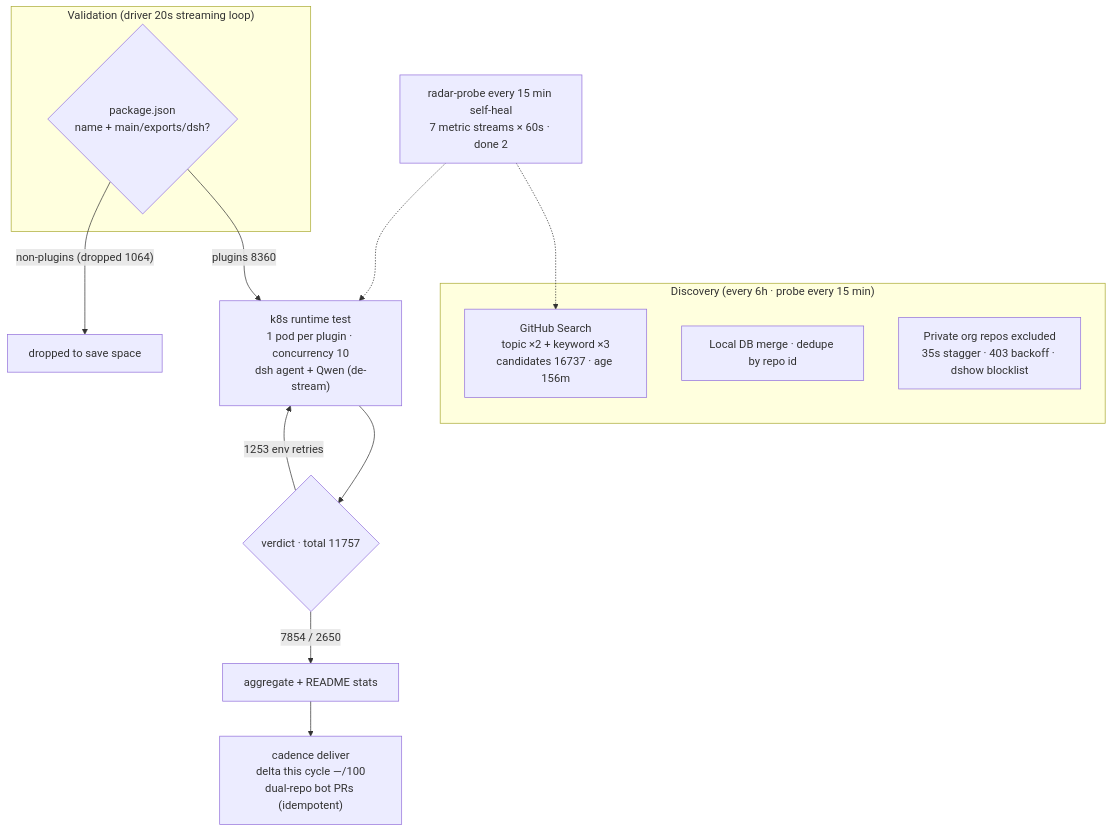
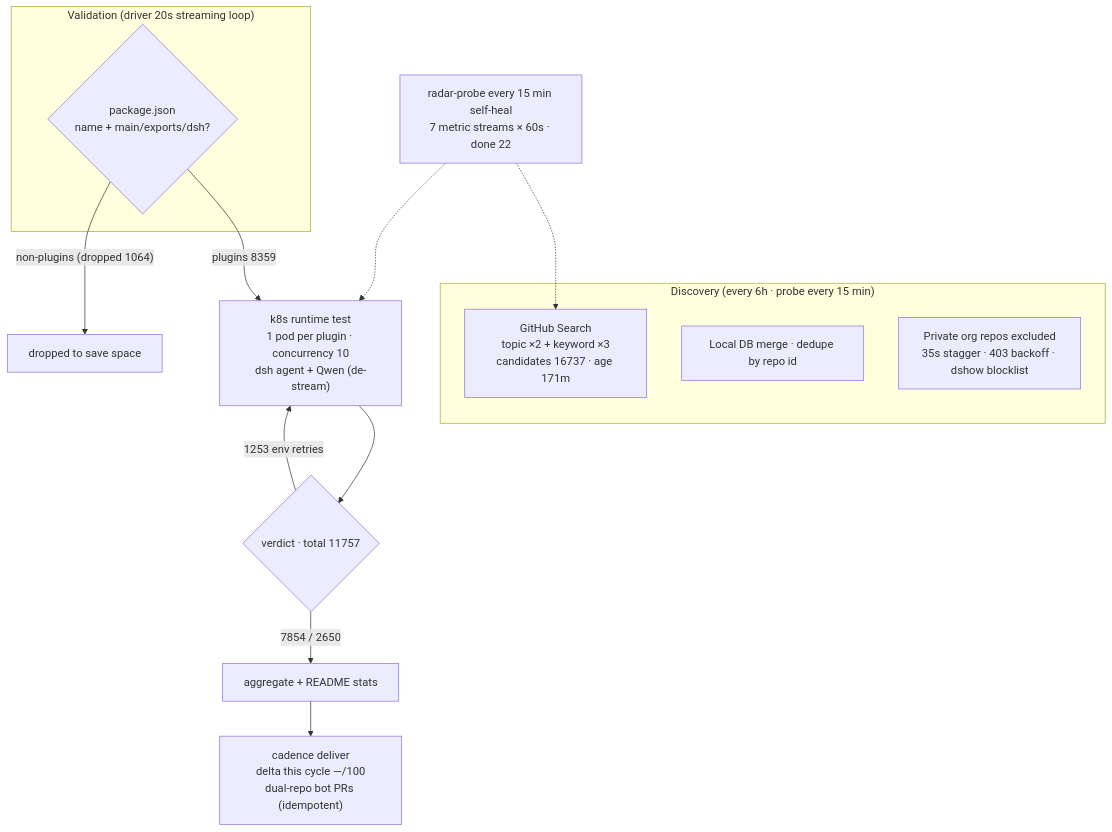
One commit to AdamPlatin123/awesome-dsh-plugins changed the diagram in README.en-US.md. Above: the diagram before and after it, drawn with Mermaid. The commit also changed other lines of this file and 5 other files, not shown here.

````diff
--- a/README.en-US.md
+++ b/README.en-US.md
@@ -45,20 +45,20 @@
 ```mermaid
 flowchart TB
     subgraph Discovery["Discovery (every 6h · probe every 15 min)"]
-        A1["GitHub Search<br/>topic ×2 + keyword ×3<br/>candidates 16737 · age 156m"]
+        A1["GitHub Search<br/>topic ×2 + keyword ×3<br/>candidates 16737 · age 171m"]
         A2["Local DB merge · dedupe by repo id"]
         A3["Private org repos excluded<br/>35s stagger · 403 backoff · dshow blocklist"]
     end
     subgraph Validation["Validation (driver 20s streaming loop)"]
         B1{"package.json<br/>name + main/exports/dsh?"}
     end
-    B1 -->|"plugins 8360"| C1["k8s runtime test<br/>1 pod per plugin · concurrency 10<br/>dsh agent + Qwen (de-stream)"]
+    B1 -->|"plugins 8359"| C1["k8s runtime test<br/>1 pod per plugin · concurrency 10<br/>dsh agent + Qwen (de-stream)"]
     B1 -->|"non-plugins (dropped 1064)"| B3["dropped to save space"]
     C1 --> D1{"verdict · total 11757"}
     D1 -->|"7854 / 2650"| E1["aggregate + README stats"]
     D1 -->|"1253 env retries"| C1
     E1 --> E2["cadence deliver<br/>delta this cycle —/100<br/>dual-repo bot PRs (idempotent)"]
-    M["radar-probe every 15 min self-heal<br/>7 metric streams × 60s · done 2"]
+    M["radar-probe every 15 min self-heal<br/>7 metric streams × 60s · done 22"]
     M -.-> A1
     M -.-> C1
 ```
````
